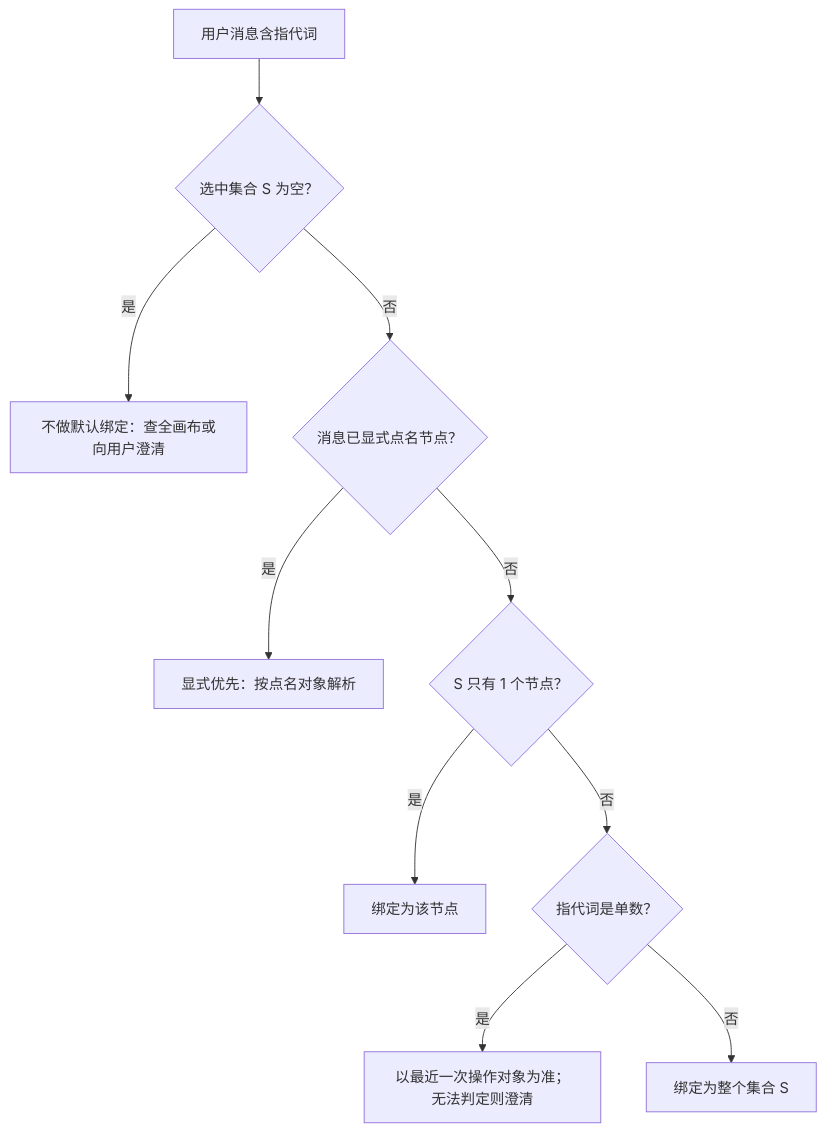
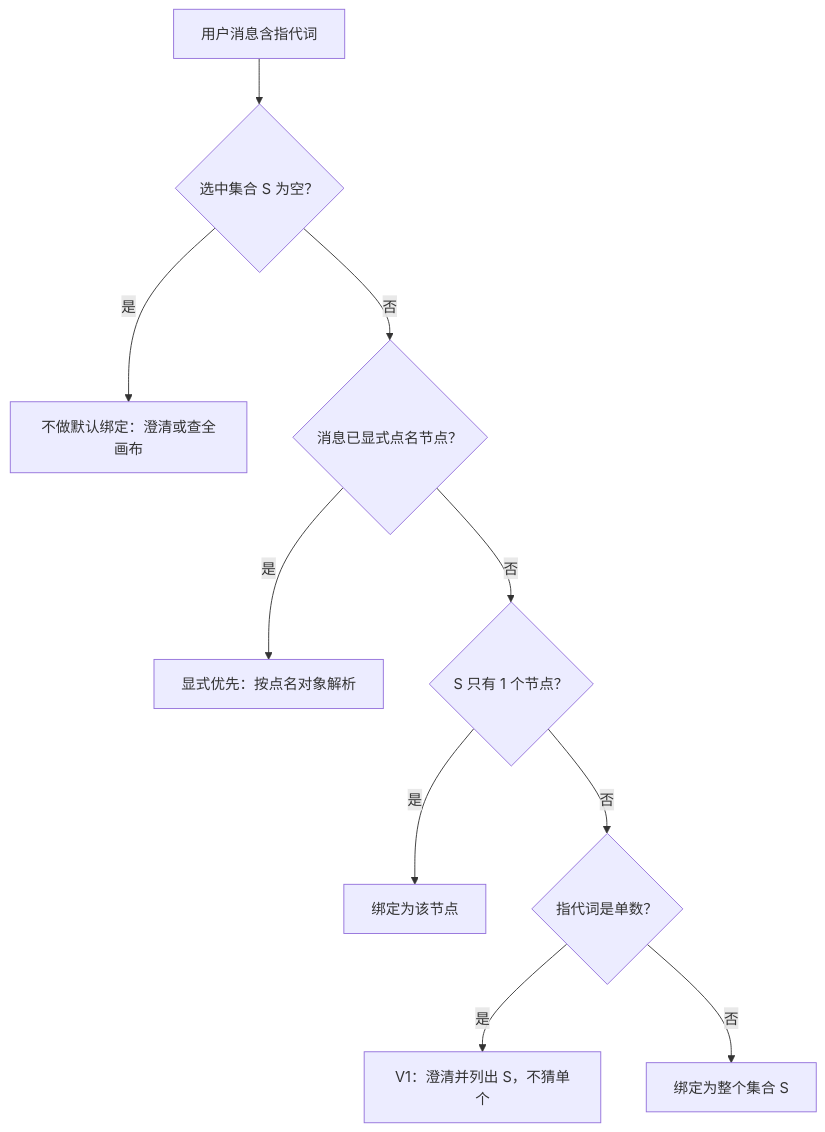
One commit to sev7n4/pi-lnk changed the first of 2 diagrams in docs/superpowers/specs/2026-10-06-selection-as-default-reference-design.md. Above: the diagram before and after it, drawn with Mermaid. The commit also changed other lines of this file, not shown here.

````diff
--- a/docs/superpowers/specs/2026-10-06-selection-as-default-reference-design.md
+++ b/docs/superpowers/specs/2026-10-06-selection-as-default-reference-design.md
@@ -103,12 +112,12 @@
 ```mermaid
 flowchart TD
   A["用户消息含指代词"] --> B{"选中集合 S 为空？"}
-  B -->|是| C["不做默认绑定：查全画布或向用户澄清"]
+  B -->|是| C["不做默认绑定：澄清或查全画布"]
   B -->|否| D{"消息已显式点名节点？"}
   D -->|是| E["显式优先：按点名对象解析"]
   D -->|否| F{"S 只有 1 个节点？"}
   F -->|是| G["绑定为该节点"]
   F -->|否| H{"指代词是单数？"}
-  H -->|是| I["以最近一次操作对象为准；无法判定则澄清"]
+  H -->|是| I["V1：澄清并列出 S，不猜单个"]
   H -->|否| J["绑定为整个集合 S"]
 ```
````
